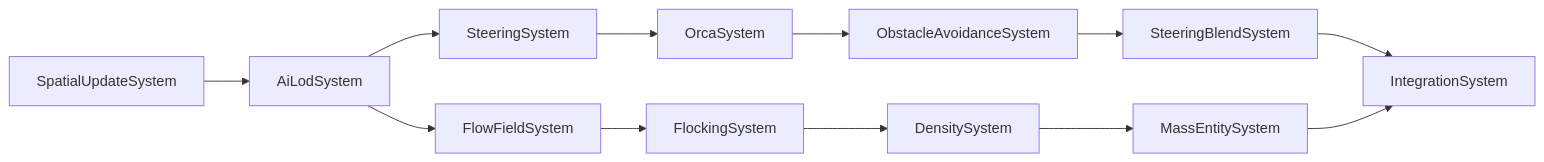
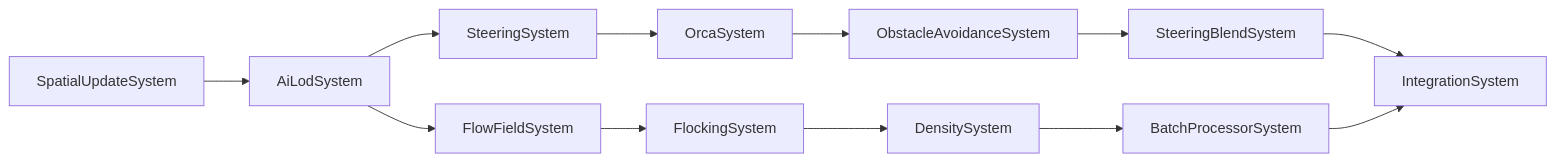
The seventh of 7 diagrams in docs/design/ai/steering-crowds.md (harmonius-dev/harmonius), drawn with Mermaid before and after one commit. The commit also changed other lines of this file and 582 other files, not shown here.

````diff
--- a/docs/design/ai/steering-crowds.md
+++ b/docs/design/ai/steering-crowds.md
@@ -422,14 +422,14 @@
 ```mermaid
 graph LR
     SU[SpatialUpdateSystem] --> LOD[AiLodSystem]
     LOD --> SS[SteeringSystem]
     LOD --> FFG[FlowFieldSystem]
     SS --> OS[OrcaSystem]
     OS --> OA[ObstacleAvoidanceSystem]
     OA --> BL[SteeringBlendSystem]
     FFG --> FL[FlockingSystem]
     FL --> DM[DensitySystem]
-    DM --> ME[MassEntitySystem]
+    DM --> ME[BatchProcessorSystem]
     BL --> IN[IntegrationSystem]
     ME --> IN
 ```
````
